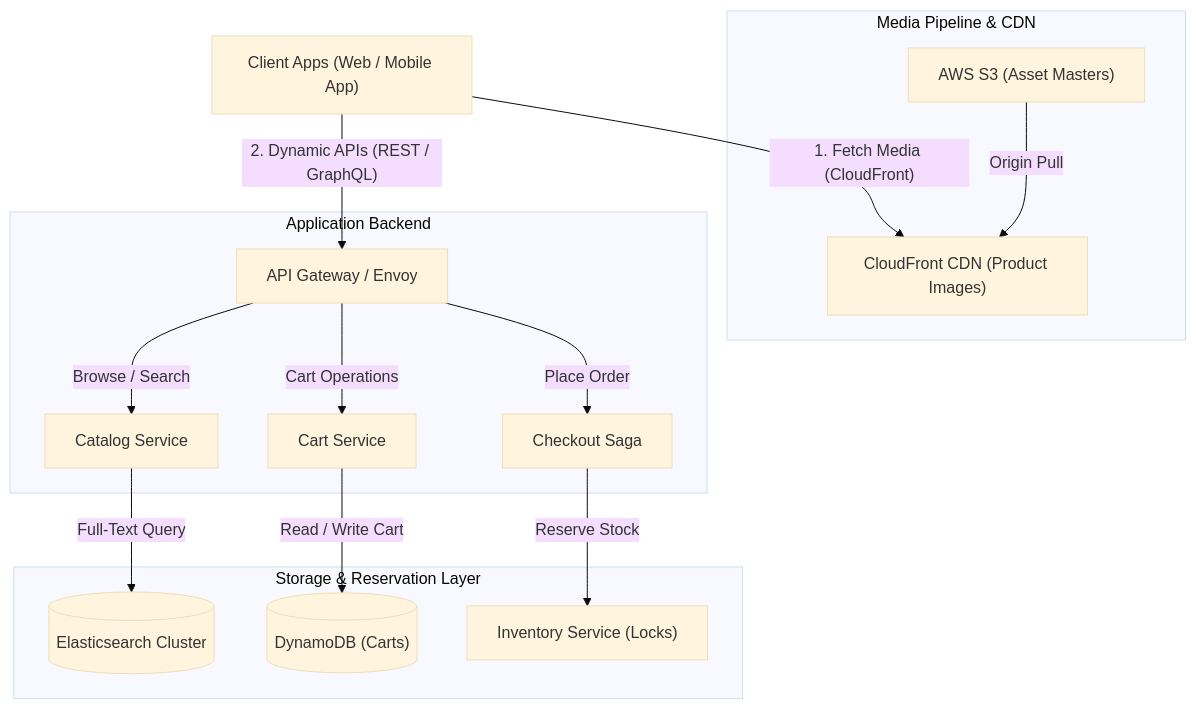
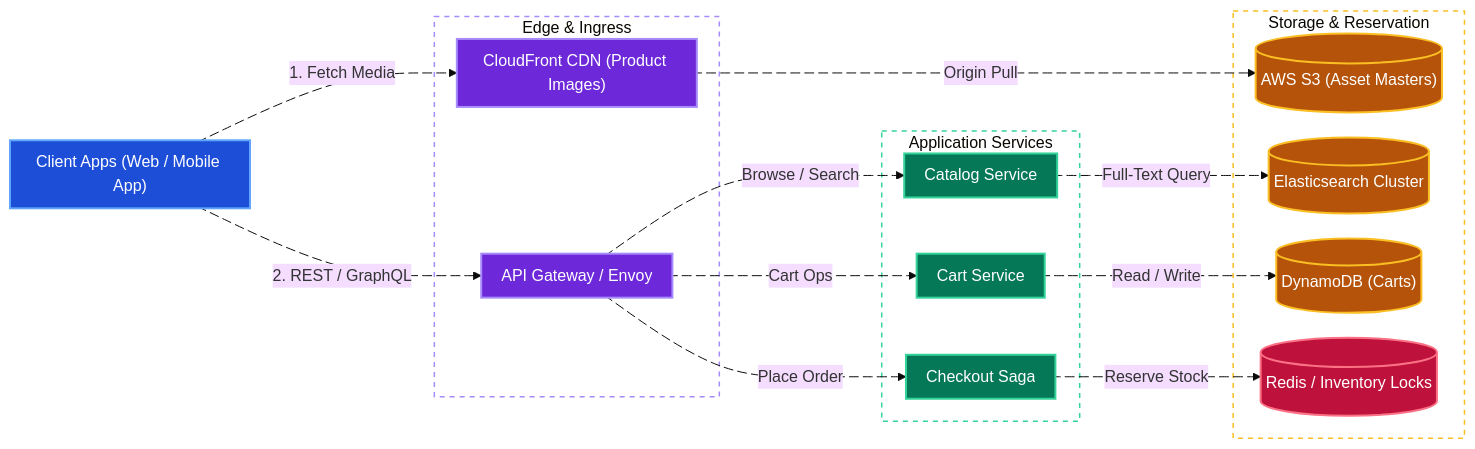
The first of 4 diagrams in system-design/amazon.md (tarunbatta/tech-interview-prep), drawn with Mermaid (base theme) before and after one commit. The commit also changed other lines of this file and 30 other files, not shown here.

First line of the commit message:
docs(system-design): convert Mermaid flowcharts to LR with colors and animated edges

````diff
--- a/system-design/amazon.md
+++ b/system-design/amazon.md
@@ -68,28 +68,55 @@
 ```mermaid
-flowchart TD
+%%{init: {'flowchart': {'nodeSpacing': 25, 'rankSpacing': 45, 'padding': 10}}}%%
+flowchart LR
     Client["Client Apps (Web / Mobile App)"]
-    subgraph MediaPipeline["Media Pipeline & CDN"]
+    subgraph EdgeTier["Edge & Ingress"]
         CDN["CloudFront CDN (Product Images)"]
-        S3["AWS S3 (Asset Masters)"]
+        GW["API Gateway / Envoy"]
     end
-    subgraph AppBackend["Application Backend"]
-        GW["API Gateway / Envoy"]
+    subgraph AppBackend["Application Services"]
         CatalogSvc["Catalog Service"]
         CartSvc["Cart Service"]
         CheckoutSaga["Checkout Saga"]
     end
-    subgraph StorageLayer["Storage & Reservation Layer"]
+    subgraph StorageLayer["Storage & Reservation"]
+        S3[("AWS S3 (Asset Masters)")]
         ES[("Elasticsearch Cluster")]
         DynamoCart[("DynamoDB (Carts)")]
-        InvSvc["Inventory Service (Locks)"]
+        InvSvc[("Redis / Inventory Locks")]
     end
-    Client -->|"1. Fetch Media (CloudFront)"| CDN
-    S3 -->|"Origin Pull"| CDN
-    Client -->|"2. Dynamic APIs (REST / GraphQL)"| GW
-    GW -->|"Browse / Search"| CatalogSvc
-    GW -->|"Cart Operations"| CartSvc
-    GW -->|"Place Order"| CheckoutSaga
-    CatalogSvc -->|"Full-Text Query"| ES
-    CartSvc -->|"Read / Write Cart"| DynamoCart
-    CheckoutSaga -->|"Reserve Stock"| InvSvc
+    Client e1@-->|"1. Fetch Media"| CDN
+    CDN e2@-->|"Origin Pull"| S3
+    Client e3@-->|"2. REST / GraphQL"| GW
+    GW e4@-->|"Browse / Search"| CatalogSvc
+    GW e5@-->|"Cart Ops"| CartSvc
+    GW e6@-->|"Place Order"| CheckoutSaga
+    CatalogSvc e7@-->|"Full-Text Query"| ES
+    CartSvc e8@-->|"Read / Write"| DynamoCart
+    CheckoutSaga e9@-->|"Reserve Stock"| InvSvc
+
+    e1@{ animate: true }
+    e2@{ animate: true }
+    e3@{ animate: true }
+    e4@{ animate: true }
+    e5@{ animate: true }
+    e6@{ animate: true }
+    e7@{ animate: true }
+    e8@{ animate: true }
+    e9@{ animate: true }
+
+    classDef client fill:#1d4ed8,stroke:#60a5fa,stroke-width:2px,color:#ffffff
+    classDef edge fill:#6d28d9,stroke:#a78bfa,stroke-width:2px,color:#ffffff
+    classDef service fill:#047857,stroke:#34d399,stroke-width:2px,color:#ffffff
+    classDef cache fill:#be123c,stroke:#fb7185,stroke-width:2px,color:#ffffff
+    classDef storage fill:#b45309,stroke:#fbbf24,stroke-width:2px,color:#ffffff
+
+    class Client client
+    class CDN,GW edge
+    class CatalogSvc,CartSvc,CheckoutSaga service
+    class InvSvc cache
+    class S3,ES,DynamoCart storage
+
+    style EdgeTier fill:transparent,stroke:#a78bfa,stroke-width:1.5px,stroke-dasharray: 5 5
+    style AppBackend fill:transparent,stroke:#34d399,stroke-width:1.5px,stroke-dasharray: 5 5
+    style StorageLayer fill:transparent,stroke:#fbbf24,stroke-width:1.5px,stroke-dasharray: 5 5
 ```
````
